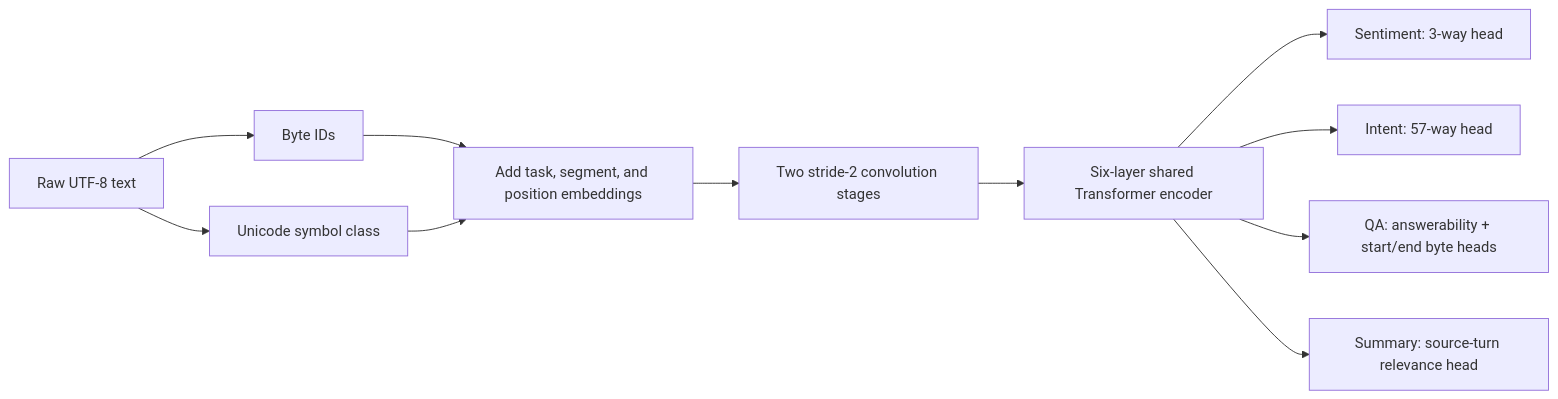
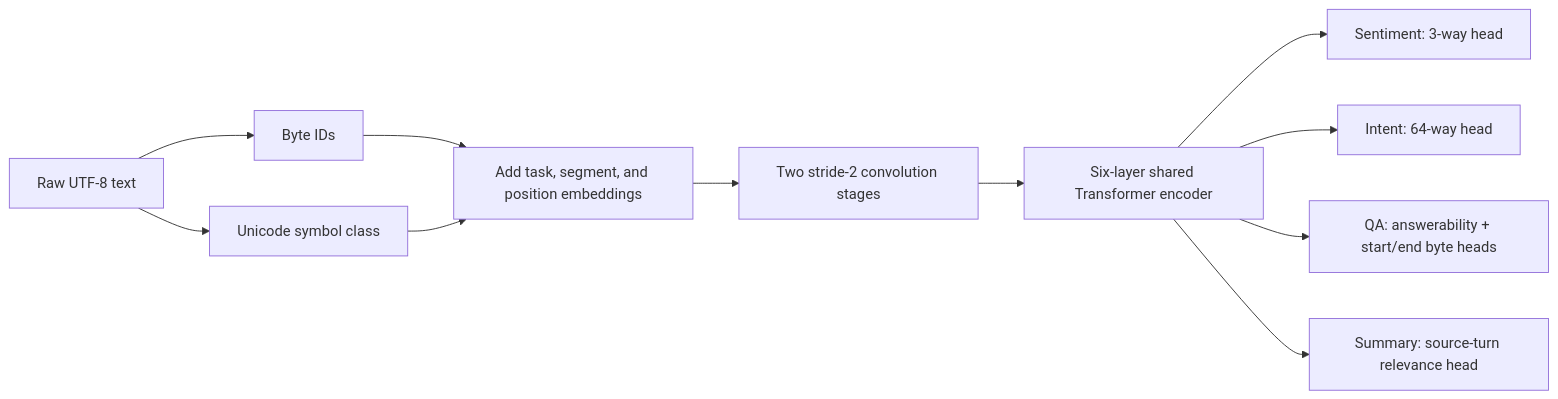
Before and after one commit to arywk40-hue/interiit-bootcamp: the first of 2 diagrams in architecture.md, drawn with Mermaid. The commit also changed other lines of this file and 14 other files, not shown here.

````diff
--- a/architecture.md
+++ b/architecture.md
@@ -14,13 +14,13 @@
 ```mermaid
 flowchart LR
   A[Raw UTF-8 text] --> B[Byte IDs]
   A --> C[Unicode symbol class]
   B --> D[Add task, segment, and position embeddings]
   C --> D
   D --> E[Two stride-2 convolution stages]
   E --> F[Six-layer shared Transformer encoder]
   F --> G[Sentiment: 3-way head]
-  F --> H[Intent: 57-way head]
+  F --> H[Intent: 64-way head]
   F --> I[QA: answerability + start/end byte heads]
   F --> J[Summary: source-turn relevance head]
 ```
````
